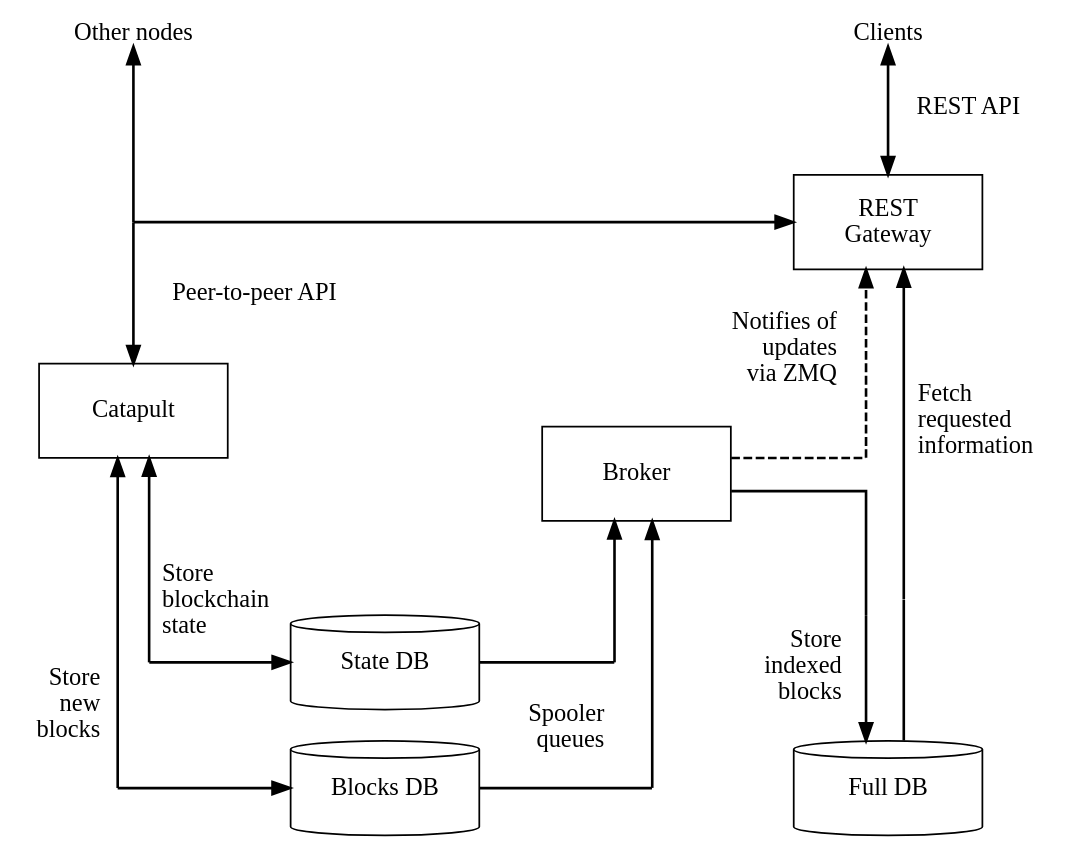
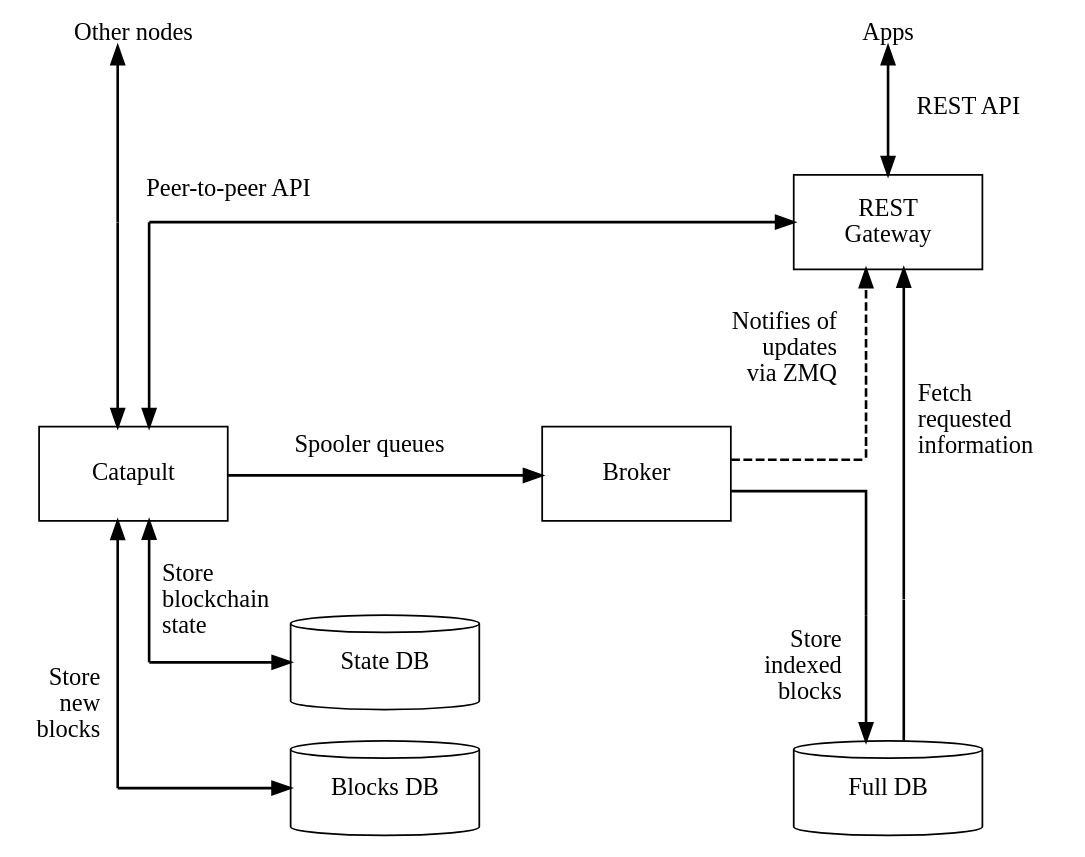
One commit to symbol/symbol changed the first of 2 diagrams in mkdocs/pages/en/textbook/nodes.md. Above: the diagram before and after it, drawn with Graphviz. The commit also changed 2 other files, not shown here.

Commit message:
[mkdocs] fix: reviewer feedback on the textbook

````diff
--- a/mkdocs/pages/en/textbook/nodes.md
+++ b/mkdocs/pages/en/textbook/nodes.md
@@ -21,52 +21,49 @@
 ```dot
 digraph SymbolNode {
     layout=neato;
     splines=ortho;
     node [shape=box width=1.5 height=0.75];
     edge [penwidth=1.5]
 
     // External labels
     OtherNodes [label="Other nodes" shape=plain fillcolor=transparent pos="0,6!"];
-    Clients    [label="Clients" shape=plain fillcolor=transparent pos="6,6!"];
+    Clients    [label="Apps" shape=plain fillcolor=transparent pos="6,6!"];
 
     // Core components
-    Catapult   [label="Catapult" pos="0,3!" URL="#catapult"];
+    Catapult   [label="Catapult" pos="0,2.5!" URL="#catapult"];
     REST       [label="REST\nGateway" pos="6,4.5!" URL="#rest-gateway"];
     RocksDB    [label="State DB" pos="2,1!" shape=cylinder URL="#state-database"];
     Disk       [label="Blocks DB" pos="2,0!" shape=cylinder URL="#blocks-database"];
     MongoDB    [label="Full DB" pos="6,0!" shape=cylinder URL="#full-database"];
     Broker     [label="Broker" pos="4,2.5!" URL="#broker"];
 
     // Waypoints
-    OtherNodesWP [shape=point width=0 pos="0,4.5!"]
+    OtherNodesWP [shape=point width=0 pos="-0.125,4.5!"]
+    OtherNodesWP2 [shape=point width=0 pos="0.125,4.5!"]
     RocksDBWP  [shape=point width=0 pos="0.125,1!"];
-    RocksDBWP2 [shape=point width=0 pos="3.825,1!"];
     DiskWP     [shape=point width=0 pos="-0.125,0!"];
-    DiskWP2    [shape=point width=0 pos="4.125,0!"];
     MongoDBWP  [shape=point width=0 pos="5.825,1.375!"];
     RESTWP     [shape=point width=0 pos="5.825,2.625!"];
     RESTWP2    [shape=point width=0 pos="6.125,1.5!"];
 
     // External
-    OtherNodesWP -> Catapult [headlabel="Peer-to-peer API" labelangle=-60 labeldistance=8];
-    OtherNodesWP->OtherNodes;
+    OtherNodesWP -> Catapult [headlabel="Peer-to-peer API" labelangle=-25 labeldistance=15];
+    OtherNodesWP -> OtherNodes;
     REST -> Clients [dir=both headlabel="REST API" labelangle=-50 labeldistance=6];
 
     // Internal
-    OtherNodesWP -> REST;
+    OtherNodesWP2 -> REST;
+    OtherNodesWP2 -> Catapult;
     Catapult -> RocksDBWP:s [dir=back];
+    Catapult -> Broker [headlabel="Spooler queues" labelangle=-10 labeldistance=10];
     RocksDBWP -> RocksDB [headlabel="Store\lblockchain\lstate\l" labelangle=-45 labeldistance=5];
     Catapult -> DiskWP:s [dir=back];
     DiskWP:w -> Disk [headlabel="Store\rnew\rblocks\r" labelangle=-20 labeldistance=14];
-    RocksDB -> RocksDBWP2 [dir=none];
-    RocksDBWP2:e -> Broker:s;
-    Disk -> DiskWP2 [dir=none];
-    DiskWP2 -> Broker [headlabel="Spooler\rqueues\r" labelangle=-25 labeldistance=13];
     Broker -> MongoDBWP [dir=none];
     MongoDBWP:n -> MongoDB [headlabel="Store\rindexed\rblocks\r" labelangle=45 labeldistance=6];
     Broker -> RESTWP [dir=none style=dashed];
     RESTWP -> REST [headlabel="Notifies of\rupdates\rvia ZMQ\r" style=dashed labelangle=-50 labeldistance=7 URL="#zero-mq"];
     MongoDB -> RESTWP2 [dir=none];
     RESTWP2 -> REST [headlabel="Fetch\lrequested\linformation\l" labelangle=30 labeldistance=10];
 }
 ```
````
